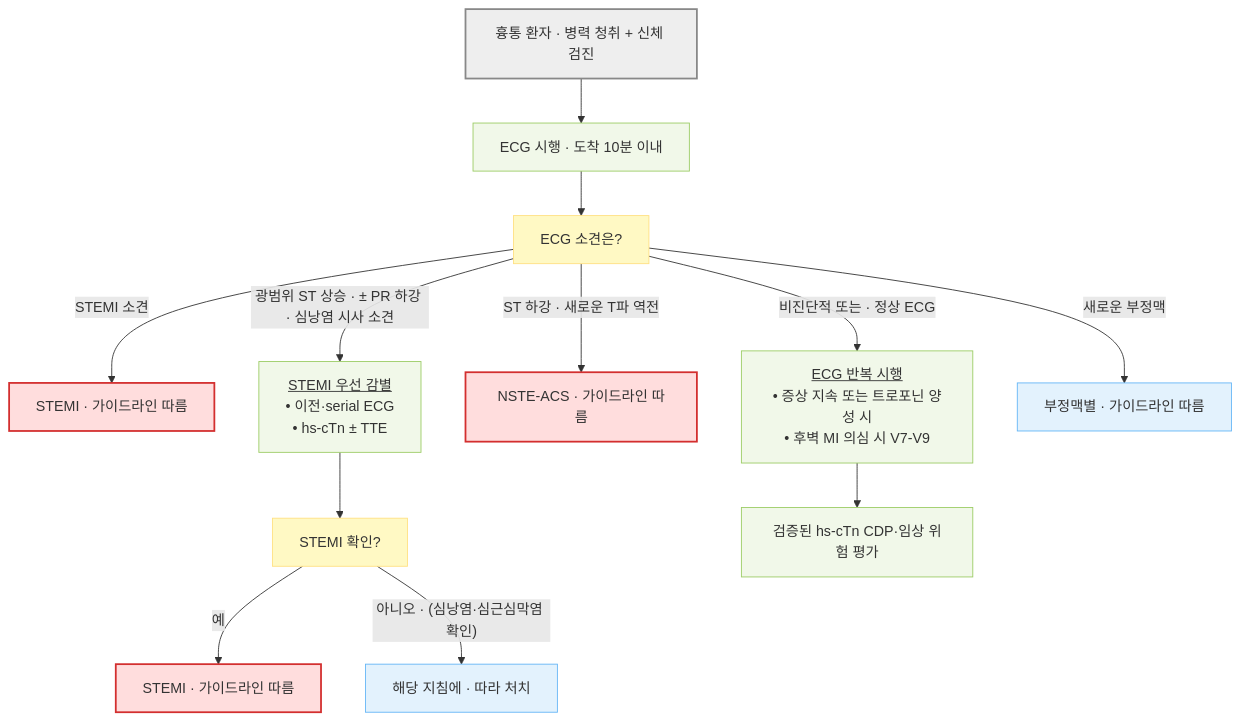
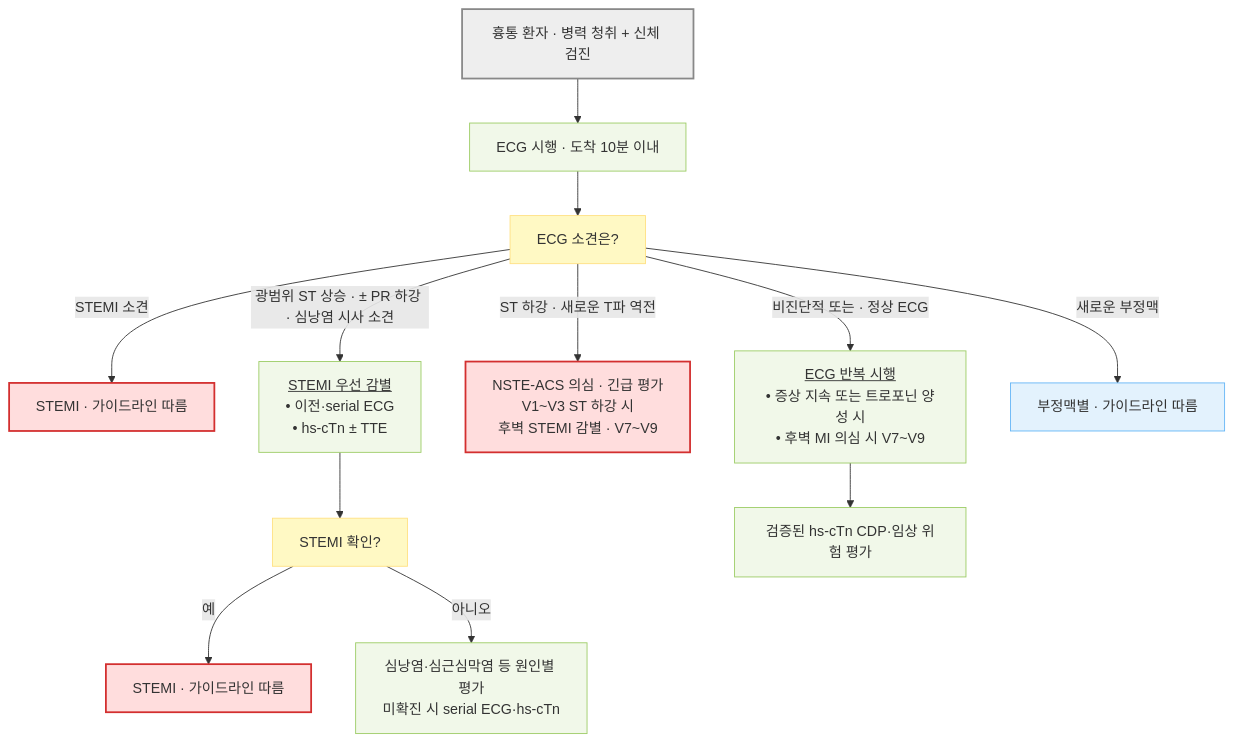
The first of 2 diagrams in 220_/002_-chest-pain.md (familyoh77/familyoh77), drawn with Mermaid before and after one commit. The commit also changed other lines of this file, not shown here.

````diff
--- a/220_/002_-chest-pain.md
+++ b/220_/002_-chest-pain.md
@@ -130,25 +133,25 @@
 ```mermaid
 flowchart TD
     A["흉통 환자 · 병력 청취 + 신체 검진"] --> B["ECG 시행 · 도착 10분 이내"]
     B --> C["ECG 소견은?"]
     C -- "STEMI 소견" --> N["STEMI · 가이드라인 따름"]
     C -- "광범위 ST 상승 · ± PR 하강 · 심낭염 시사 소견" --> G["<u>STEMI 우선 감별</u><br/>• 이전·serial ECG<br/>• hs-cTn ± TTE"]
-    C -- "ST 하강 · 새로운 T파 역전" --> H["NSTE-ACS · 가이드라인 따름"]
-    C -- "비진단적 또는 · 정상 ECG" --> E["<u>ECG 반복 시행</u><br/>• 증상 지속 또는 트로포닌 양성 시<br/>• 후벽 MI 의심 시 V7-V9"]
+    C -- "ST 하강 · 새로운 T파 역전" --> H["NSTE-ACS 의심 · 긴급 평가<br/>V1~V3 ST 하강 시<br/>후벽 STEMI 감별 · V7~V9"]
+    C -- "비진단적 또는 · 정상 ECG" --> E["<u>ECG 반복 시행</u><br/>• 증상 지속 또는 트로포닌 양성 시<br/>• 후벽 MI 의심 시 V7~V9"]
     C -- "새로운 부정맥" --> M["부정맥별 · 가이드라인 따름"]
     G --> Q["STEMI 확인?"]
     Q -- "예" --> N1["STEMI · 가이드라인 따름"]
-    Q -- "아니오 · (심낭염·심근심막염 확인)" --> P["해당 지침에 · 따라 처치"]
+    Q -- "아니오" --> P["심낭염·심근심막염 등 원인별 평가<br/>미확진 시 serial ECG·hs-cTn"]
     E --> T["검증된 hs-cTn CDP·임상 위험 평가"]
 
     classDef start fill:#eeeeee,stroke:#888888,stroke-width:2px
     classDef question fill:#fff9c4,stroke:#ffe082
     classDef emergency fill:#ffdddd,stroke:#d32f2f,stroke-width:2px
     classDef evaluation fill:#f1f8e9,stroke:#9ccc65
     classDef treatment fill:#e3f2fd,stroke:#64b5f6
     class A start
     class C,Q question
     class N,N1,H emergency
-    class B,G,E,T evaluation
-    class P,M treatment
+    class B,G,E,T,P evaluation
+    class M treatment
 ```
````
